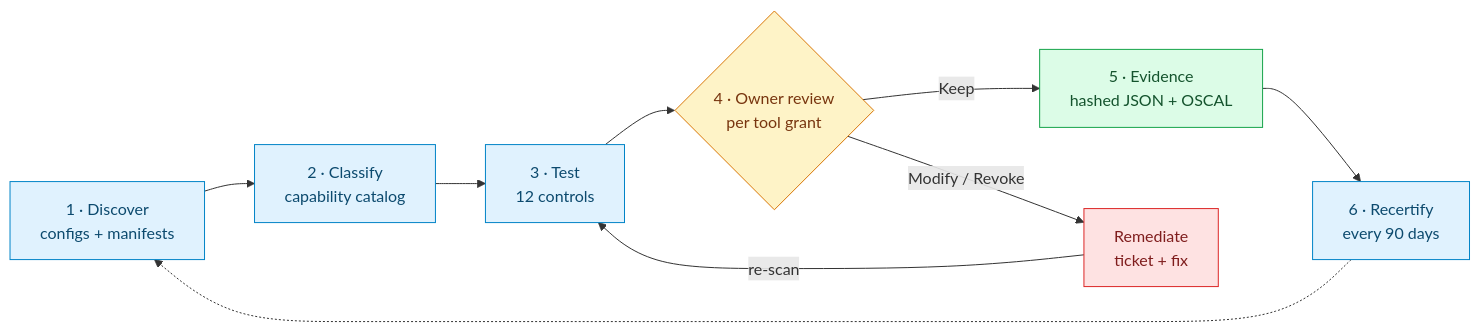
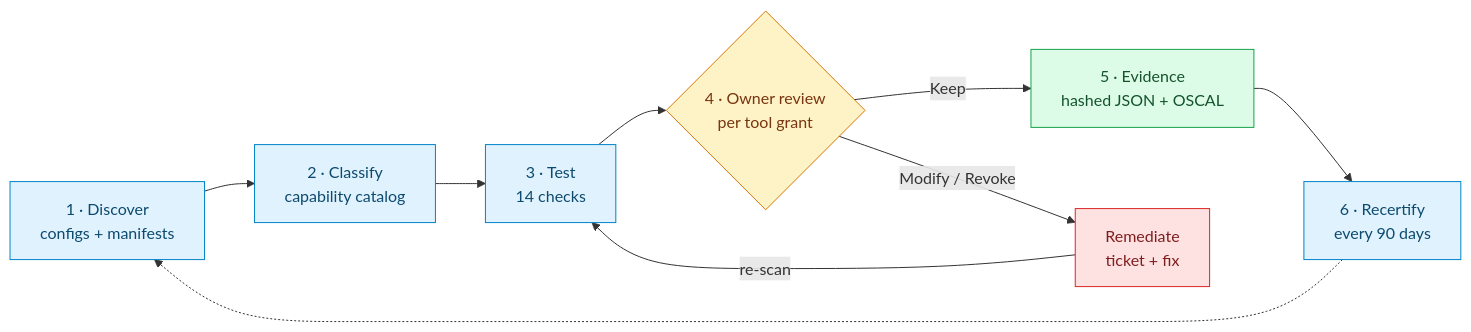
Before and after one commit to Mihirajmera/agent-access-review: the third of 4 diagrams in README.md, drawn with Mermaid. The commit also changed other lines of this file, not shown here.

````diff
--- a/README.md
+++ b/README.md
@@ -171,20 +179,20 @@
 ```mermaid
 flowchart LR
     D["1 · Discover<br/>configs + manifests"] --> C["2 · Classify<br/>capability catalog"]
-    C --> T["3 · Test<br/>12 controls"]
+    C --> T["3 · Test<br/>14 checks"]
     T --> R{"4 · Owner review<br/>per tool grant"}
     R -->|Keep| E["5 · Evidence<br/>hashed JSON + OSCAL"]
     R -->|"Modify / Revoke"| F["Remediate<br/>ticket + fix"]
     F -->|re-scan| T
     E --> Q["6 · Recertify<br/>every 90 days"]
     Q -.-> D
 
     classDef step fill:#e0f2fe,stroke:#0284c7,color:#0c4a6e
     classDef decision fill:#fef3c7,stroke:#d97706,color:#78350f
     classDef fix fill:#fee2e2,stroke:#dc2626,color:#7f1d1d
     classDef done fill:#dcfce7,stroke:#16a34a,color:#14532d
     class D,C,T,Q step
     class R decision
     class F fix
     class E done
 ```
````
